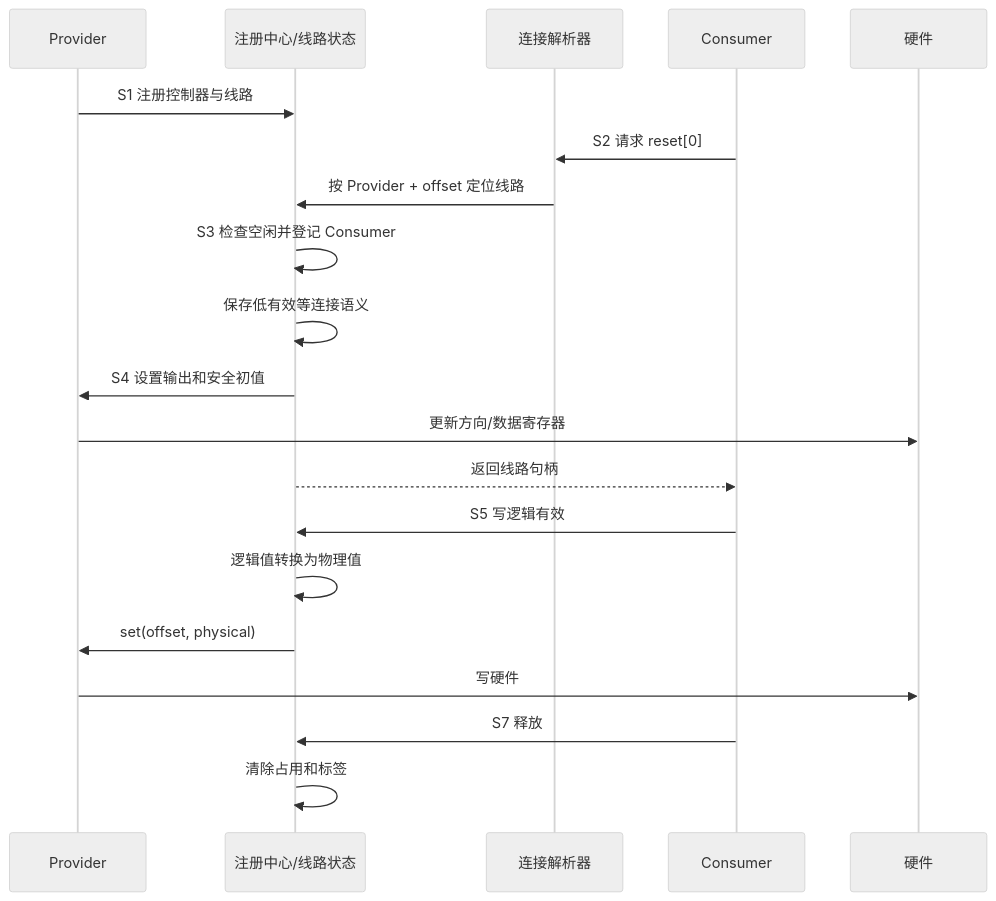
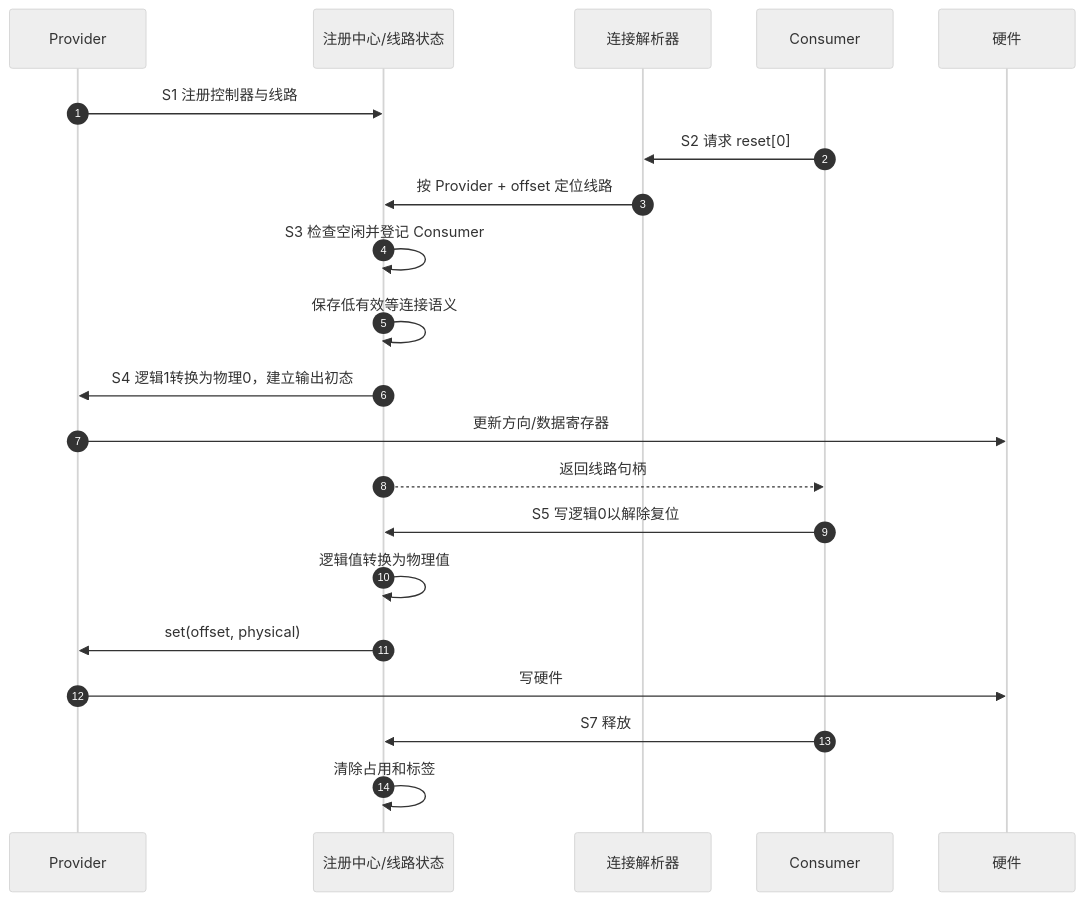
The second of 3 diagrams in knowledge/driver_model/gpio/P02_GPIO_角色_状态与完整操作周期.md (FormingSystem/linux_note), drawn with Mermaid (neutral theme) before and after one commit. The commit also changed other lines of this file and 5 other files, not shown here.

````diff
--- a/knowledge/driver_model/gpio/P02_GPIO_角色_状态与完整操作周期.md
+++ b/knowledge/driver_model/gpio/P02_GPIO_角色_状态与完整操作周期.md
@@ -81,23 +84,24 @@
 ```mermaid
 sequenceDiagram
+    autonumber
     participant P as Provider
     participant R as 注册中心/线路状态
     participant F as 连接解析器
     participant C as Consumer
     participant H as 硬件
 
     P->>R: S1 注册控制器与线路
     C->>F: S2 请求 reset[0]
     F->>R: 按 Provider + offset 定位线路
     R->>R: S3 检查空闲并登记 Consumer
     R->>R: 保存低有效等连接语义
-    R->>P: S4 设置输出和安全初值
+    R->>P: S4 逻辑1转换为物理0，建立输出初态
     P->>H: 更新方向/数据寄存器
     R-->>C: 返回线路句柄
-    C->>R: S5 写逻辑有效
+    C->>R: S5 写逻辑0以解除复位
     R->>R: 逻辑值转换为物理值
     R->>P: set(offset, physical)
     P->>H: 写硬件
     C->>R: S7 释放
     R->>R: 清除占用和标签
 ```
````
